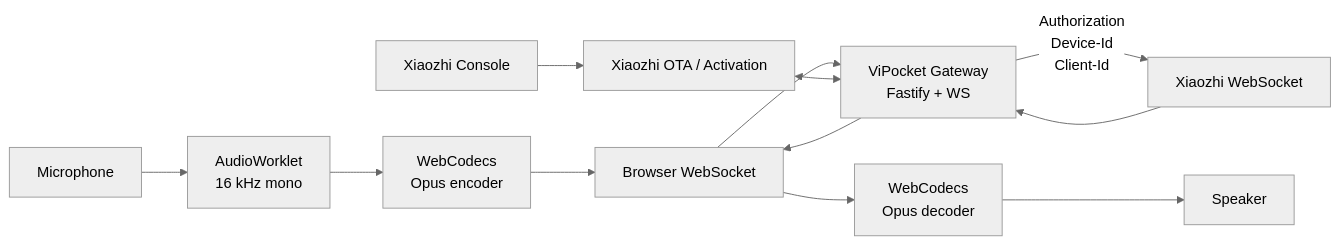
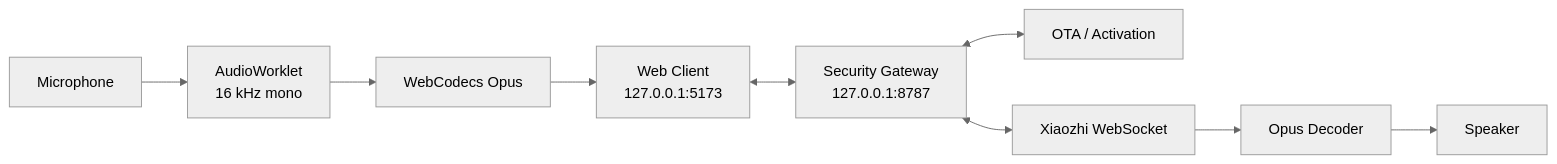
One commit to Base27-CVNSS/ViPocket-Xiaozhi changed the first of 2 diagrams in README.en.md. Above: the diagram before and after it, drawn with Mermaid (neutral theme). The commit also changed other lines of this file, not shown here.

````diff
--- a/README.en.md
+++ b/README.en.md
@@ -63,15 +58,11 @@
 ```mermaid
 flowchart LR
     MIC[Microphone] --> AW[AudioWorklet\n16 kHz mono]
-    AW --> ENC[WebCodecs\nOpus encoder]
-    ENC --> BWS[Browser WebSocket]
-    BWS --> GW[ViPocket Gateway\nFastify + WS]
-    GW -->|Authorization\nDevice-Id\nClient-Id| XWS[Xiaozhi WebSocket]
-    XWS --> GW
-    GW --> BWS
-    BWS --> DEC[WebCodecs\nOpus decoder]
+    AW --> OPUS[WebCodecs Opus]
+    OPUS --> WEB[Web Client\n127.0.0.1:5173]
+    WEB <--> GW[Security Gateway\n127.0.0.1:8787]
+    GW <--> OTA[OTA / Activation]
+    GW <--> WS[Xiaozhi WebSocket]
+    WS --> DEC[Opus Decoder]
     DEC --> SPK[Speaker]
-
-    OTA[Xiaozhi OTA / Activation] <--> GW
-    CONSOLE[Xiaozhi Console] --> OTA
 ```
````
